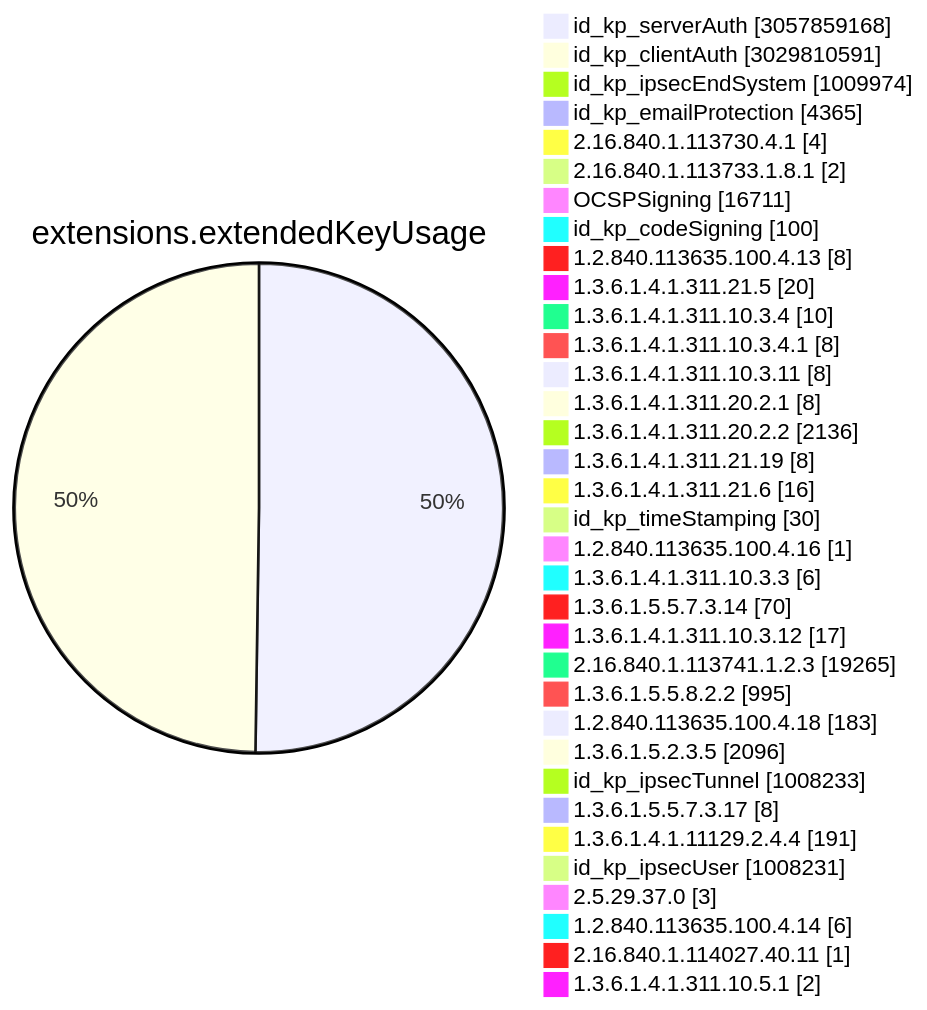
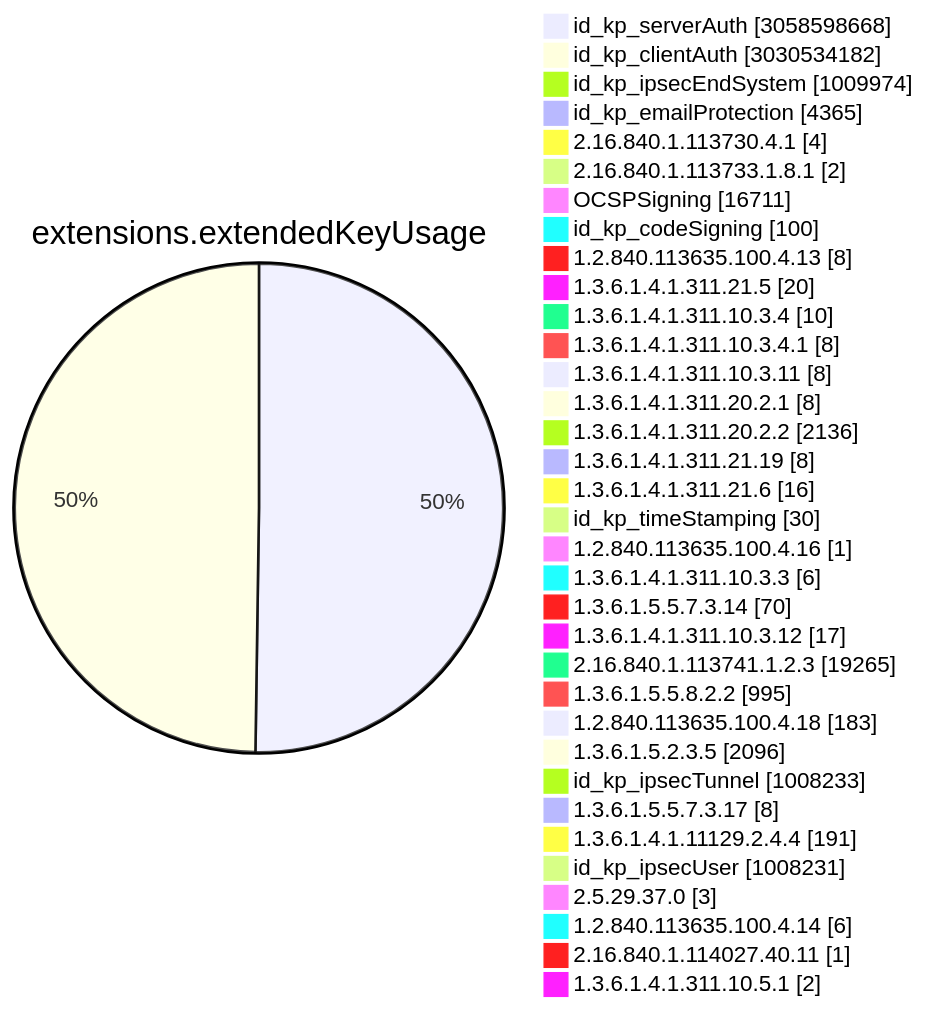
Diagram 11 of 15 in TOTAL/README.md (christiankrug/ctmonitor_visualization), drawn with Mermaid before and after one commit. The commit also changed other lines of this file, not shown here.

````diff
--- a/TOTAL/README.md
+++ b/TOTAL/README.md
@@ -4117,38 +4117,38 @@
 ```mermaid
 pie showData
 title extensions.extendedKeyUsage
-"id_kp_serverAuth" :3057859168
-"id_kp_clientAuth" :3029810591
+"id_kp_serverAuth" :3058598668
+"id_kp_clientAuth" :3030534182
 "id_kp_ipsecEndSystem" :1009974
 "id_kp_emailProtection" :4365
 "2.16.840.1.113730.4.1" :4
 "2.16.840.1.113733.1.8.1" :2
 "OCSPSigning" :16711
 "id_kp_codeSigning" :100
 "1.2.840.113635.100.4.13" :8
 "1.3.6.1.4.1.311.21.5" :20
 "1.3.6.1.4.1.311.10.3.4" :10
 "1.3.6.1.4.1.311.10.3.4.1" :8
 "1.3.6.1.4.1.311.10.3.11" :8
 "1.3.6.1.4.1.311.20.2.1" :8
 "1.3.6.1.4.1.311.20.2.2" :2136
 "1.3.6.1.4.1.311.21.19" :8
 "1.3.6.1.4.1.311.21.6" :16
 "id_kp_timeStamping" :30
 "1.2.840.113635.100.4.16" :1
 "1.3.6.1.4.1.311.10.3.3" :6
 "1.3.6.1.5.5.7.3.14" :70
 "1.3.6.1.4.1.311.10.3.12" :17
 "2.16.840.1.113741.1.2.3" :19265
 "1.3.6.1.5.5.8.2.2" :995
 "1.2.840.113635.100.4.18" :183
 "1.3.6.1.5.2.3.5" :2096
 "id_kp_ipsecTunnel" :1008233
 "1.3.6.1.5.5.7.3.17" :8
 "1.3.6.1.4.1.11129.2.4.4" :191
 "id_kp_ipsecUser" :1008231
 "2.5.29.37.0" :3
 "1.2.840.113635.100.4.14" :6
 "2.16.840.1.114027.40.11" :1
 "1.3.6.1.4.1.311.10.5.1" :2
 ```
````
